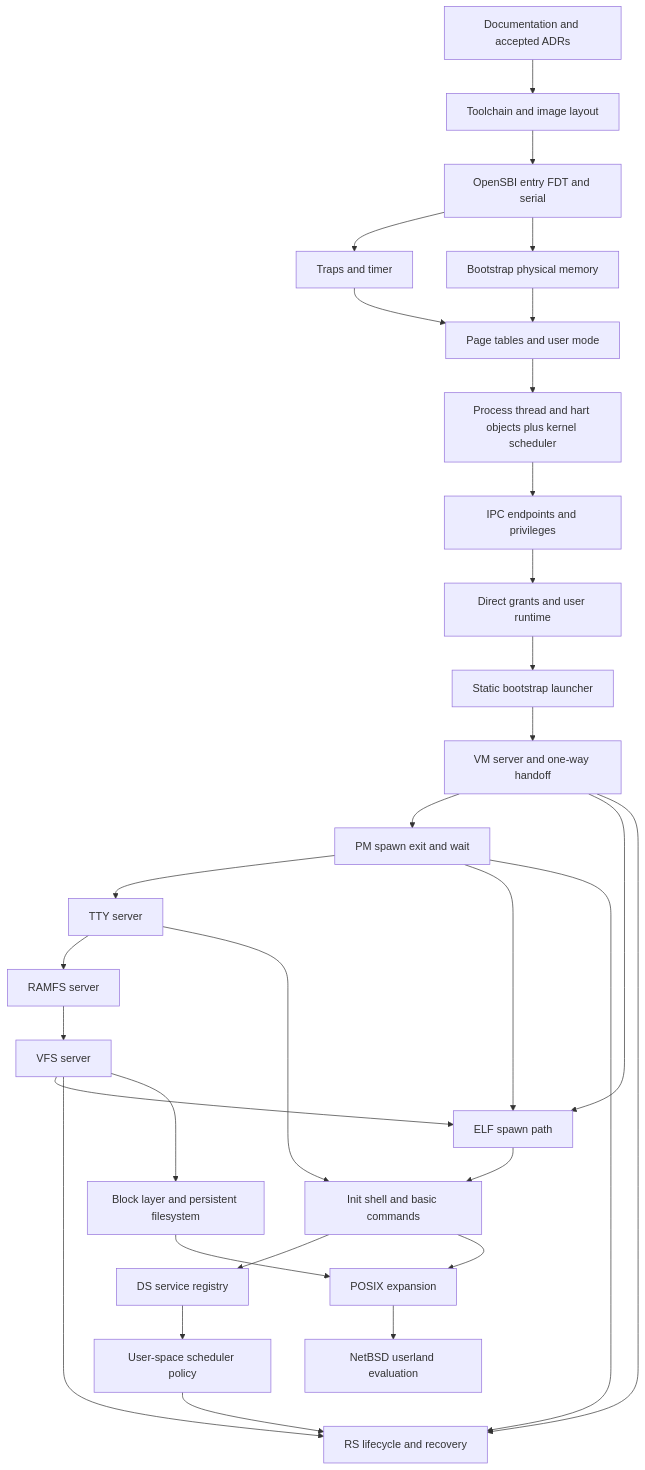
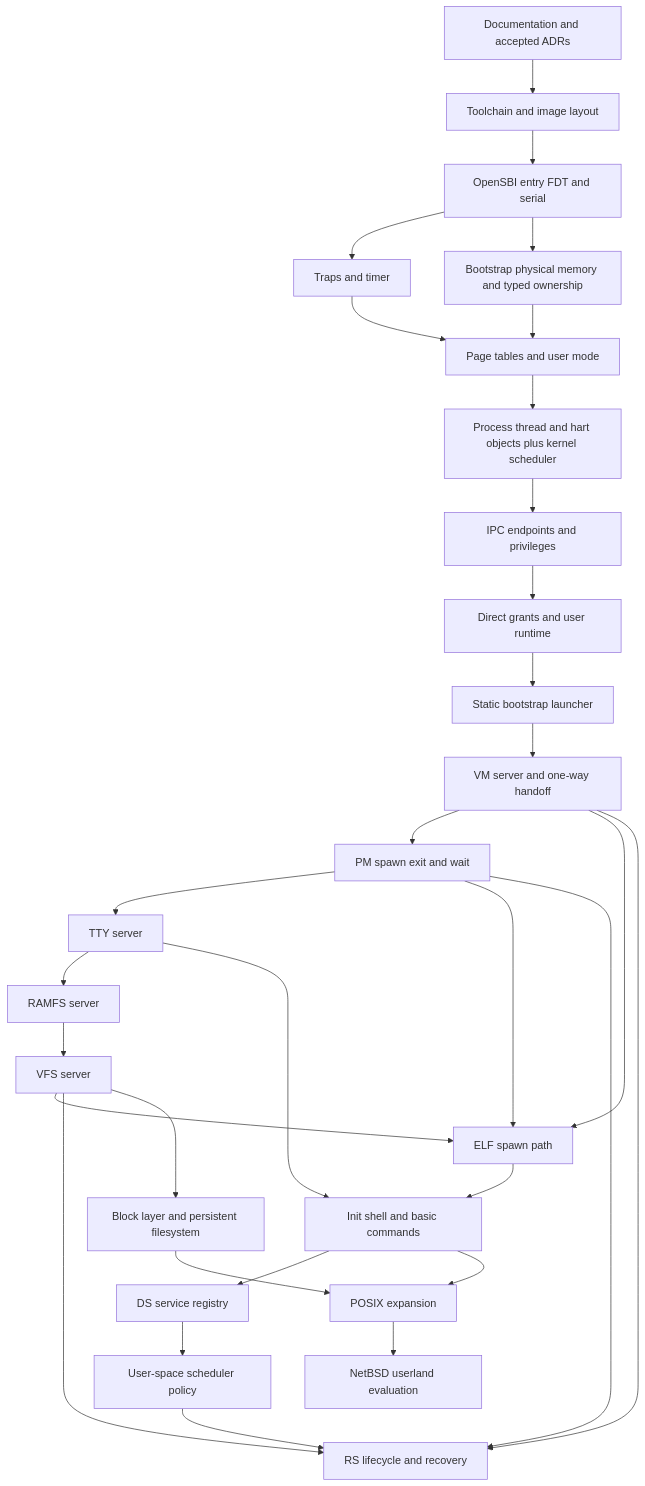
The diagram in docs/architecture/development-dag.md (algorithm-apprentice/micros), drawn with Mermaid before and after one commit. The commit also changed other lines of this file and 6 other files, not shown here.

Commit message:
docs: describe typed frame ownership

````diff
--- a/docs/architecture/development-dag.md
+++ b/docs/architecture/development-dag.md
@@ -16,57 +16,57 @@
 ```mermaid
 flowchart TD
     A[Documentation and accepted ADRs]
     B[Toolchain and image layout]
     C[OpenSBI entry FDT and serial]
     D[Traps and timer]
-    E[Bootstrap physical memory]
+    E[Bootstrap physical memory and typed ownership]
     F[Page tables and user mode]
     G[Process thread and hart objects plus kernel scheduler]
     H[IPC endpoints and privileges]
     I[Direct grants and user runtime]
     J[Static bootstrap launcher]
     K[VM server and one-way handoff]
     L[PM spawn exit and wait]
     M[TTY server]
     N[RAMFS server]
     O[VFS server]
     P[ELF spawn path]
     Q[Init shell and basic commands]
     R[DS service registry]
     S[User-space scheduler policy]
     T[RS lifecycle and recovery]
     U[Block layer and persistent filesystem]
     V[POSIX expansion]
     W[NetBSD userland evaluation]
 
     A --> B
     B --> C
     C --> D
     C --> E
     D --> F
     E --> F
     F --> G
     G --> H
     H --> I
     I --> J
     J --> K
     K --> L
     L --> M
     M --> N
     N --> O
     O --> P
     K --> P
     L --> P
     P --> Q
     M --> Q
     Q --> R
     R --> S
     S --> T
     K --> T
     L --> T
     O --> T
     O --> U
     Q --> V
     U --> V
     V --> W
 ```
````
